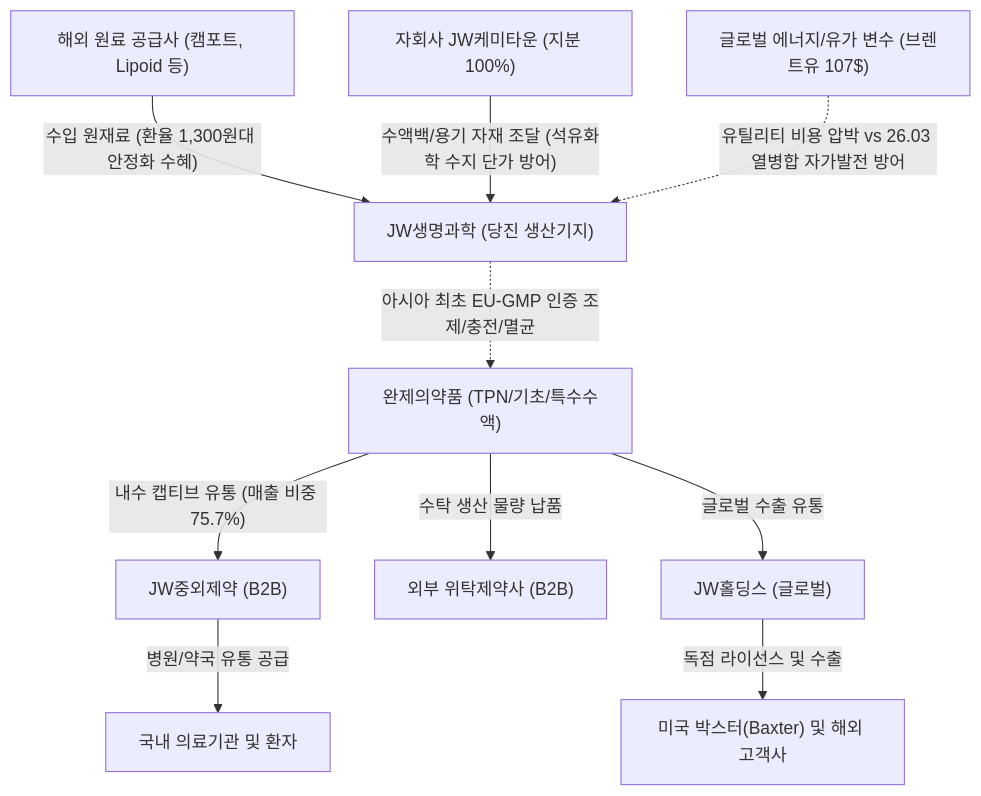
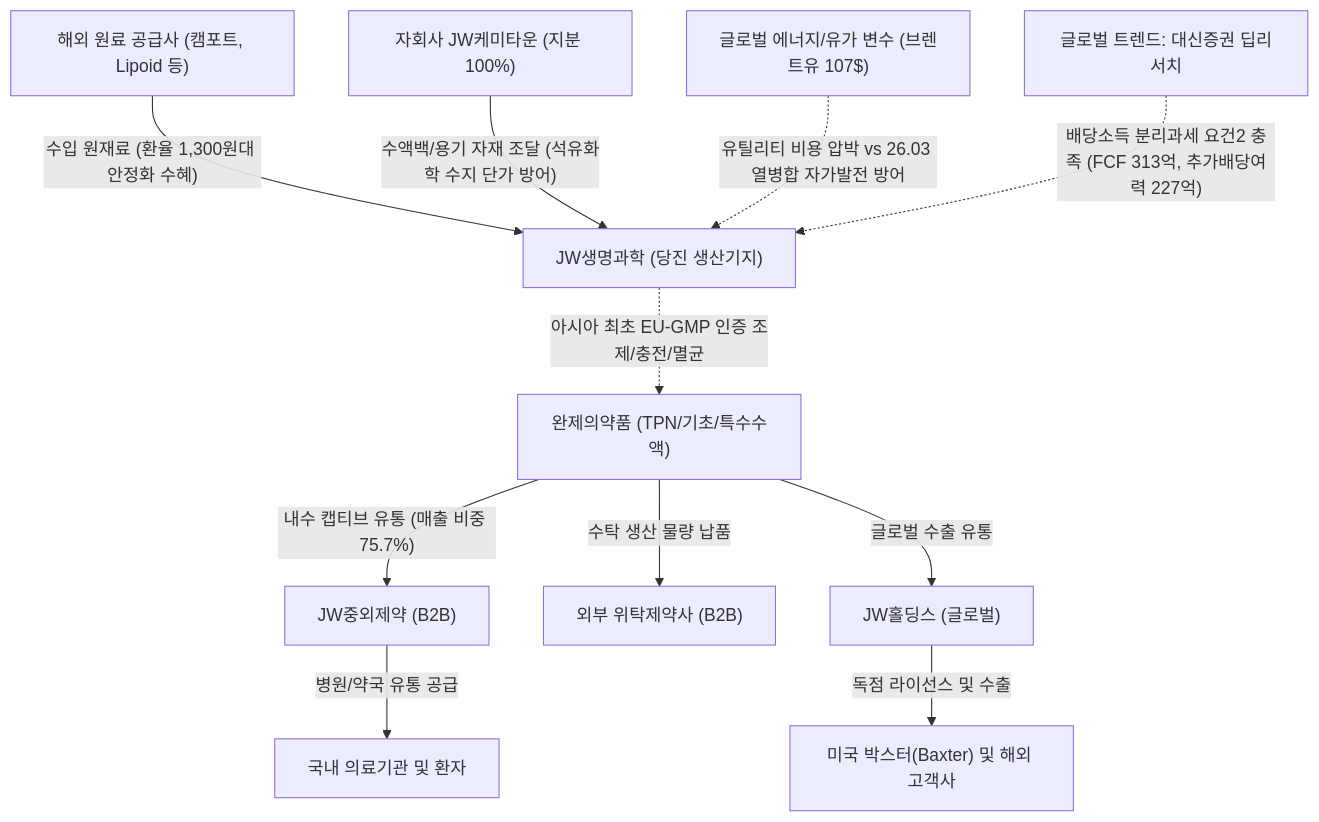
One commit to eve830521-cmd/my-skill changed the diagram in Stock_Research/JW생명과학/3_Final_Reports/Phase1_Report.md. Above: the diagram before and after it, drawn with Mermaid. The commit also changed other lines of this file and 100 other files, not shown here.

````diff
--- a/Stock_Research/JW생명과학/3_Final_Reports/Phase1_Report.md
+++ b/Stock_Research/JW생명과학/3_Final_Reports/Phase1_Report.md
@@ -12,12 +12,13 @@
 ```mermaid
 graph TD
     A["해외 원료 공급사 (캠포트, Lipoid 등)"] -->|"수입 원재료 (환율 1,300원대 안정화 수혜)"| B["JW생명과학 (당진 생산기지)"]
     K["자회사 JW케미타운 (지분 100%)"] -->|"수액백/용기 자재 조달 (석유화학 수지 단가 방어)"| B
     E1["글로벌 에너지/유가 변수 (브렌트유 107$)"] -. "유틸리티 비용 압박 vs 26.03 열병합 자가발전 방어" .-> B
+    GT["글로벌 트렌드: 대신증권 딥리서치"] -. "배당소득 분리과세 요건2 충족 (FCF 313억, 추가배당여력 227억)" .-> B
     B -. "아시아 최초 EU-GMP 인증 조제/충전/멸균" .-> C["완제의약품 (TPN/기초/특수수액)"]
     C -->|"내수 캡티브 유통 (매출 비중 75.7%)"| D["JW중외제약 (B2B)"]
     C -->|"수탁 생산 물량 납품"| E["외부 위탁제약사 (B2B)"]
     C -->|"글로벌 수출 유통"| F["JW홀딩스 (글로벌)"]
     D -->|"병원/약국 유통 공급"| G["국내 의료기관 및 환자"]
     F -->|"독점 라이선스 및 수출"| H["미국 박스터(Baxter) 및 해외 고객사"]
 ```
````
